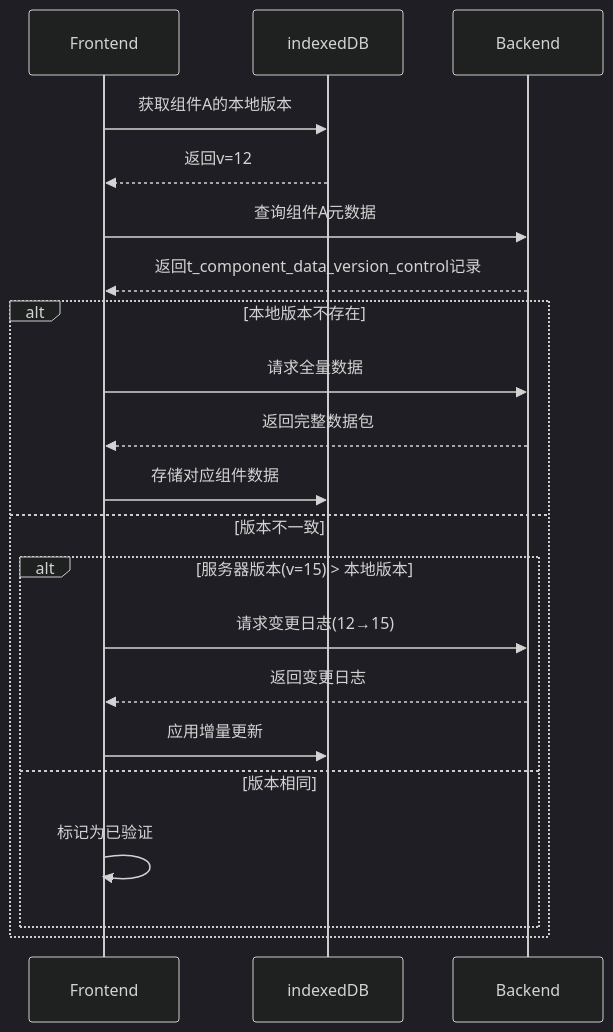
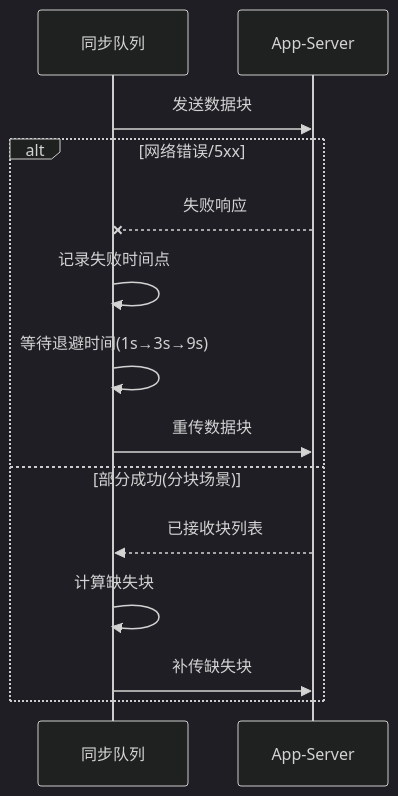
The diagram in all/未命名-25.md (yingjianzh/iodraw-files), drawn with Mermaid (dark theme) before and after one commit.

Commit message:
2025-02-25 16:15:08 update

````diff
--- a/all/未命名-25.md
+++ b/all/未命名-25.md
@@ -1,29 +1,19 @@
 ```mermaid
 
 sequenceDiagram
-    participant Frontend
-    participant indexedDB
-    participant Backend
+    participant 同步队列
+    participant App-Server
 
-
-    Frontend->>indexedDB: 获取组件A的本地版本
-    indexedDB-->>Frontend: 返回v=12
-    
-    Frontend->>Backend: 查询组件A元数据
-    Backend-->>Frontend: 返回t_component_data_version_control记录
-    
-    alt 本地版本不存在
-        Frontend->>Backend: 请求全量数据
-        Backend-->>Frontend: 返回完整数据包
-        Frontend->>indexedDB: 存储对应组件数据
-    else 版本不一致
-        alt 服务器版本(v=15) > 本地版本
-            Frontend->>Backend: 请求变更日志(12→15)
-            Backend-->>Frontend: 返回变更日志
-            Frontend->>indexedDB: 应用增量更新
-        else 版本相同
-            Frontend->>Frontend: 标记为已验证
-        end
+    同步队列->>App-Server: 发送数据块
+    alt 网络错误/5xx
+        App-Server--x 同步队列: 失败响应
+        同步队列->>同步队列: 记录失败时间点
+        同步队列->>同步队列: 等待退避时间(1s→3s→9s)
+        同步队列->>App-Server: 重传数据块
+    else 部分成功(分块场景)
+        App-Server-->>同步队列: 已接收块列表
+        同步队列->>同步队列: 计算缺失块
+        同步队列->>App-Server: 补传缺失块
     end
 
 ```
````
